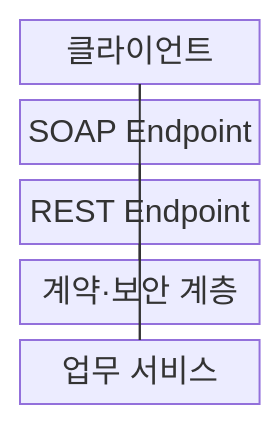
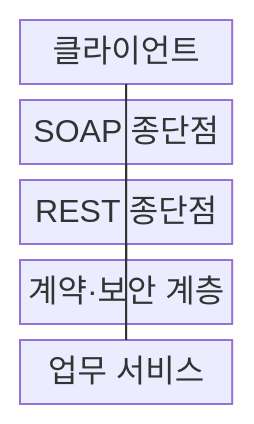
One commit to agnusdei1207/knowledge-base changed the first of 2 diagrams in src/content/docs/notes/03-software/170_soap_vs_rest.md. Above: the diagram before and after it, drawn with Mermaid. The commit also changed other lines of this file and 20 other files, not shown here.

````diff
--- a/src/content/docs/notes/03-software/170_soap_vs_rest.md
+++ b/src/content/docs/notes/03-software/170_soap_vs_rest.md
@@ -55,15 +59,15 @@
 ```mermaid
-block-beta
+block
     columns 1
     A["클라이언트"]
-    B["SOAP Endpoint"]
-    C["REST Endpoint"]
+    B["SOAP 종단점"]
+    C["REST 종단점"]
     D["계약·보안 계층"]
     E["업무 서비스"]
     A --- B
     A --- C
     B --- D
     C --- D
     B --- E
     C --- E
 ```
````
